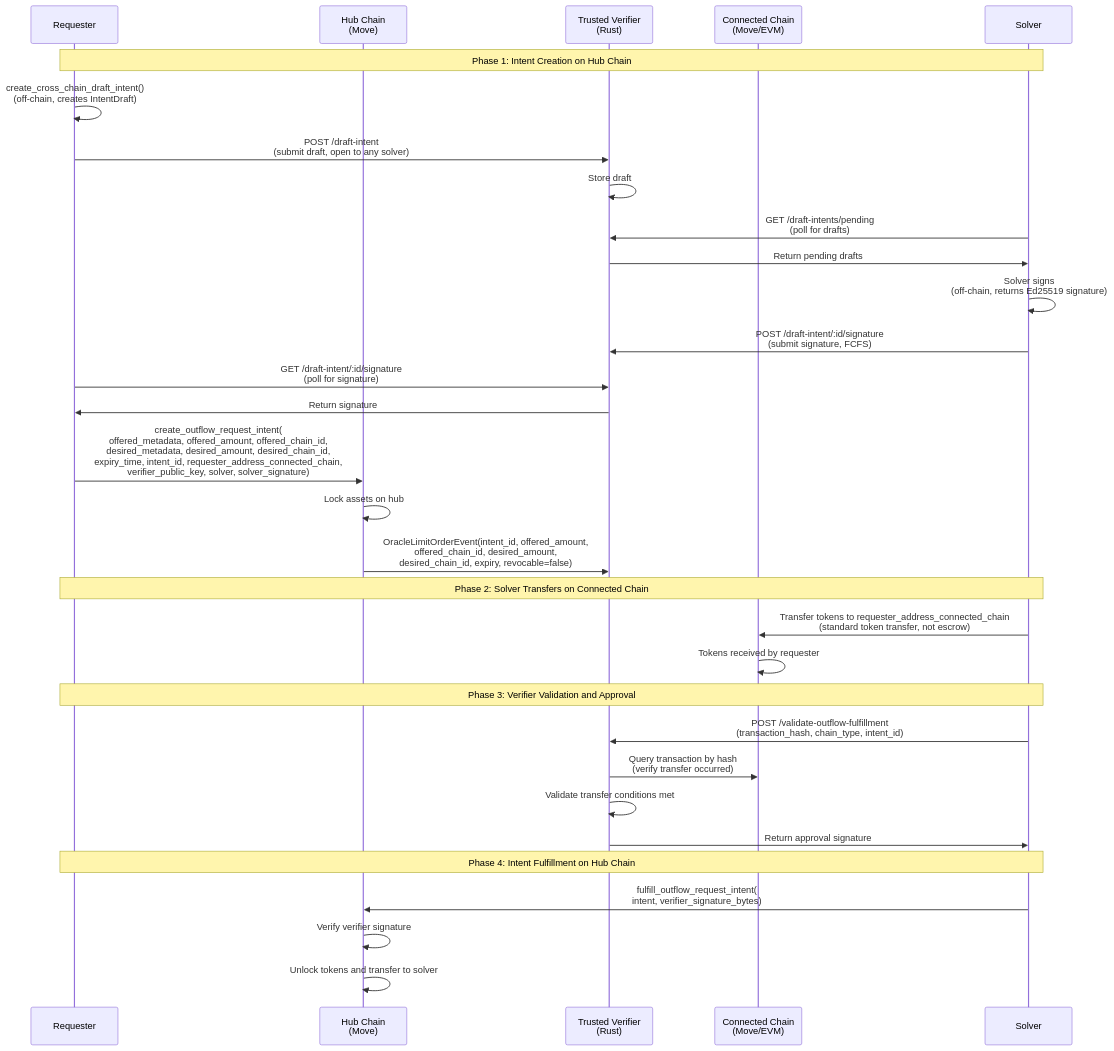
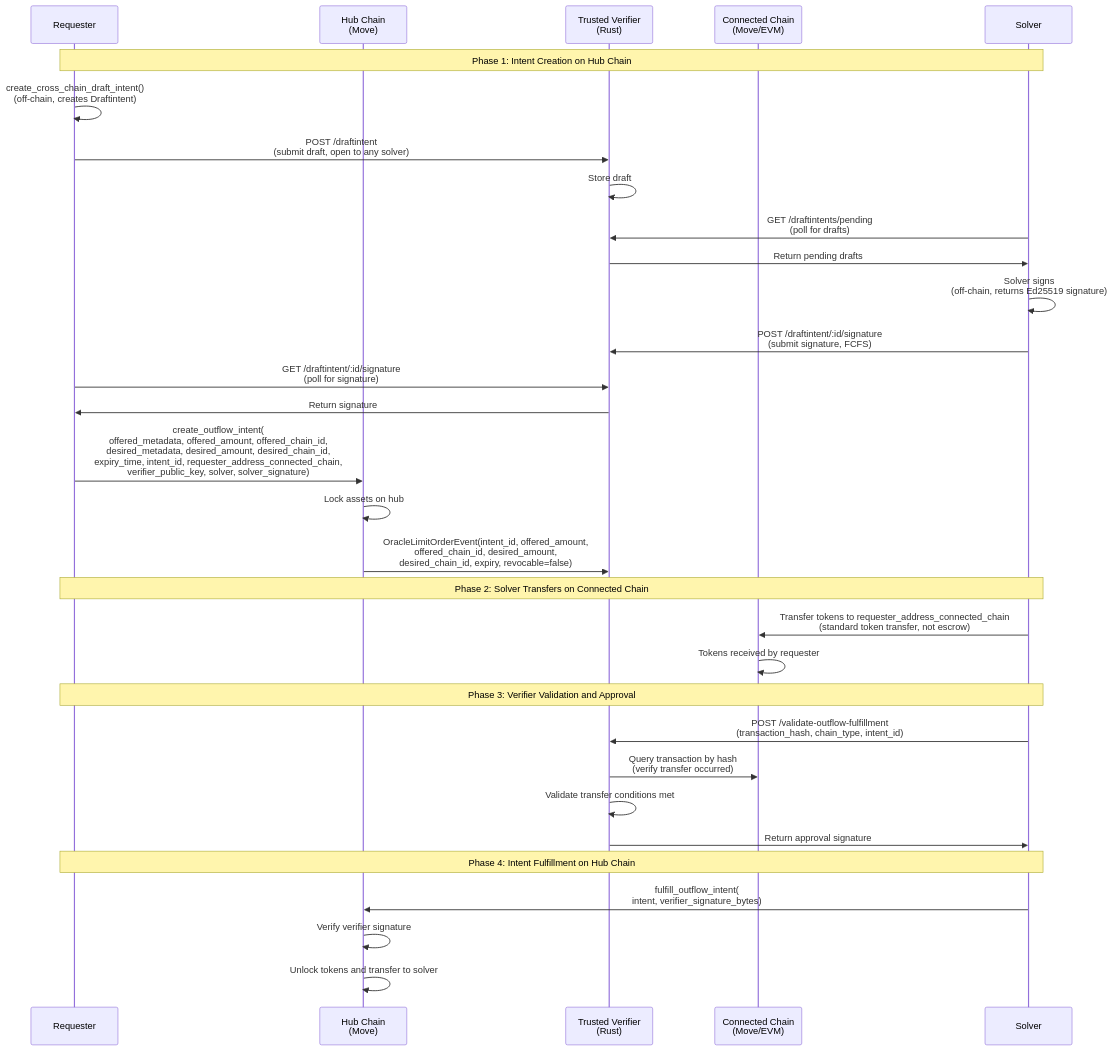
Before and after one commit to apenzk/int3nts: the second of 4 diagrams in docs/protocol.md, drawn with Mermaid. The commit also changed other lines of this file and 134 other files, not shown here.

Commit message:
implement automated solver service for intent signing and fulfillment (#32)

````diff
--- a/docs/protocol.md
+++ b/docs/protocol.md
@@ -104,37 +104,37 @@
 ```mermaid
 sequenceDiagram
     participant Requester
     participant Hub as Hub Chain<br/>(Move)
     participant Verifier as Trusted Verifier<br/>(Rust)
     participant Connected as Connected Chain<br/>(Move/EVM)
     participant Solver
 
     Note over Requester,Solver: Phase 1: Intent Creation on Hub Chain
-    Requester->>Requester: create_cross_chain_draft_intent()<br/>(off-chain, creates IntentDraft)
-    Requester->>Verifier: POST /draft-intent<br/>(submit draft, open to any solver)
+    Requester->>Requester: create_cross_chain_draft_intent()<br/>(off-chain, creates Draftintent)
+    Requester->>Verifier: POST /draftintent<br/>(submit draft, open to any solver)
     Verifier->>Verifier: Store draft
-    Solver->>Verifier: GET /draft-intents/pending<br/>(poll for drafts)
+    Solver->>Verifier: GET /draftintents/pending<br/>(poll for drafts)
     Verifier->>Solver: Return pending drafts
     Solver->>Solver: Solver signs<br/>(off-chain, returns Ed25519 signature)
-    Solver->>Verifier: POST /draft-intent/:id/signature<br/>(submit signature, FCFS)
-    Requester->>Verifier: GET /draft-intent/:id/signature<br/>(poll for signature)
+    Solver->>Verifier: POST /draftintent/:id/signature<br/>(submit signature, FCFS)
+    Requester->>Verifier: GET /draftintent/:id/signature<br/>(poll for signature)
     Verifier->>Requester: Return signature
-    Requester->>Hub: create_outflow_request_intent(<br/>offered_metadata, offered_amount, offered_chain_id,<br/>desired_metadata, desired_amount, desired_chain_id,<br/>expiry_time, intent_id, requester_address_connected_chain,<br/>verifier_public_key, solver, solver_signature)
+    Requester->>Hub: create_outflow_intent(<br/>offered_metadata, offered_amount, offered_chain_id,<br/>desired_metadata, desired_amount, desired_chain_id,<br/>expiry_time, intent_id, requester_address_connected_chain,<br/>verifier_public_key, solver, solver_signature)
     Hub->>Hub: Lock assets on hub
     Hub->>Verifier: OracleLimitOrderEvent(intent_id, offered_amount,<br/>offered_chain_id, desired_amount,<br/>desired_chain_id, expiry, revocable=false)
 
     Note over Requester,Solver: Phase 2: Solver Transfers on Connected Chain
     Solver->>Connected: Transfer tokens to requester_address_connected_chain<br/>(standard token transfer, not escrow)
     Connected->>Connected: Tokens received by requester
 
     Note over Requester,Solver: Phase 3: Verifier Validation and Approval
     Solver->>Verifier: POST /validate-outflow-fulfillment<br/>(transaction_hash, chain_type, intent_id)
     Verifier->>Connected: Query transaction by hash<br/>(verify transfer occurred)
     Verifier->>Verifier: Validate transfer conditions met
     Verifier->>Solver: Return approval signature
 
     Note over Requester,Solver: Phase 4: Intent Fulfillment on Hub Chain
-    Solver->>Hub: fulfill_outflow_request_intent(<br/>intent, verifier_signature_bytes)
+    Solver->>Hub: fulfill_outflow_intent(<br/>intent, verifier_signature_bytes)
     Hub->>Hub: Verify verifier signature
     Hub->>Hub: Unlock tokens and transfer to solver
 ```
````
